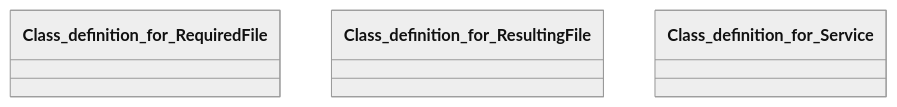
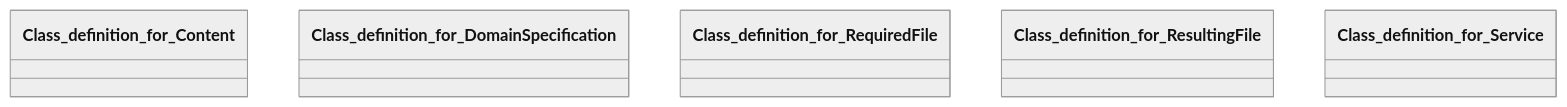
Before and after one commit to GAIA-X4PLC-AAD/ontology-management-base: the diagram in artifacts/service/PROPERTIES.md, drawn with Mermaid (neutral theme). The commit also changed other lines of this file and 95 other files, not shown here.

First line of the commit message:
feat(ontology): GX 25.11 wrapper architecture, domain compliance & ve… (#175)

````diff
--- a/artifacts/service/PROPERTIES.md
+++ b/artifacts/service/PROPERTIES.md
@@ -5,6 +5,8 @@
 ```mermaid
 classDiagram
+class Class_definition_for_Content
+class Class_definition_for_DomainSpecification
 class Class_definition_for_RequiredFile
 class Class_definition_for_ResultingFile
 class Class_definition_for_Service
 ```
````
